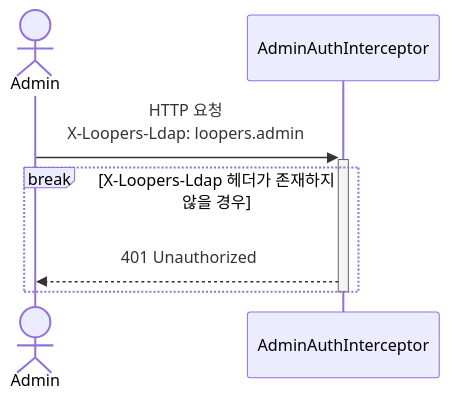
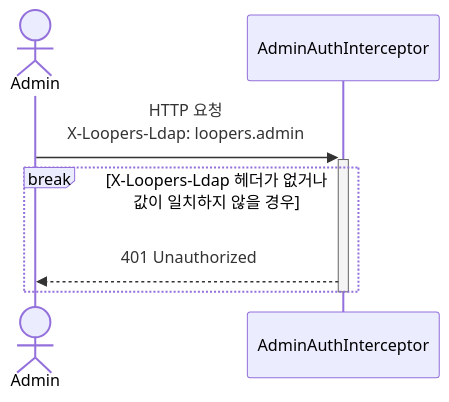
One commit to Loopers-dev-lab/loop-pack-be-l2-vol3-java changed the second of 23 diagrams in .docs/design/02-sequence-diagrams.md. Above: the diagram before and after it, drawn with Mermaid. The commit also changed 5 other files, not shown here.

Commit message:
feat: X-Loopers-Ldap 헤더 값 검증을 통한 어드민 인증 추가

````diff
--- a/.docs/design/02-sequence-diagrams.md
+++ b/.docs/design/02-sequence-diagrams.md
@@ -110,13 +110,13 @@
 ```mermaid
 sequenceDiagram
     actor Admin
     participant AdminAuthInterceptor
 
     Admin ->>+ AdminAuthInterceptor: HTTP 요청<br/>X-Loopers-Ldap: loopers.admin
 
-    break X-Loopers-Ldap 헤더가 존재하지 않을 경우
+    break X-Loopers-Ldap 헤더가 없거나 값이 일치하지 않을 경우
         AdminAuthInterceptor -->> Admin: 401 Unauthorized
     end
 
     deactivate AdminAuthInterceptor
 ```
````
